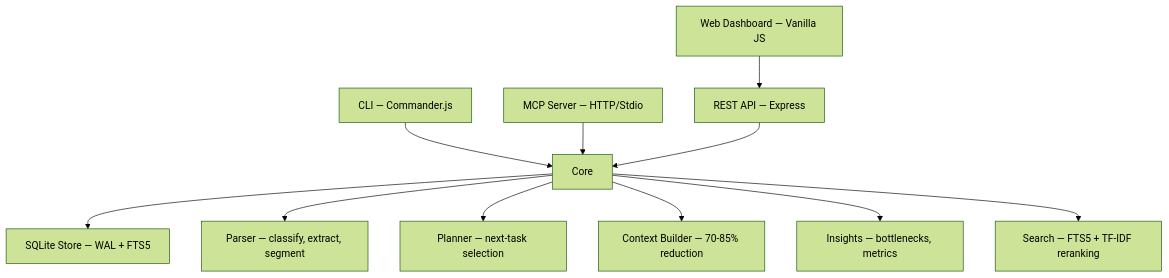
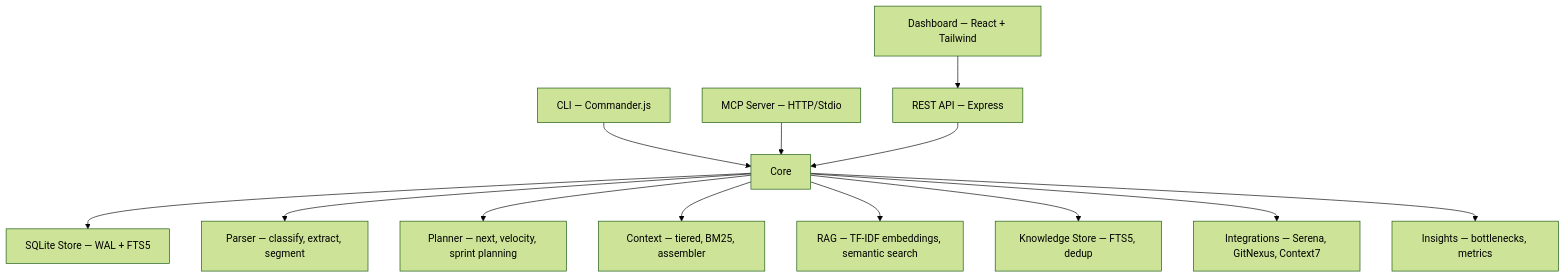
Before and after one commit to sraphaz/mcp-graph-workflow: the diagram in README.md, drawn with Mermaid (forest theme). The commit also changed other lines of this file and 79 other files, not shown here.

````diff
--- a/README.md
+++ b/README.md
@@ -69,14 +92,16 @@
 ```mermaid
 graph TD
     CLI[CLI — Commander.js] --> Core
     MCP[MCP Server — HTTP/Stdio] --> Core
     API[REST API — Express] --> Core
-    Web[Web Dashboard — Vanilla JS] --> API
+    Web[Dashboard — React + Tailwind] --> API
 
     Core --> Store[SQLite Store — WAL + FTS5]
     Core --> Parser[Parser — classify, extract, segment]
-    Core --> Planner[Planner — next-task selection]
-    Core --> Context[Context Builder — 70-85% reduction]
+    Core --> Planner[Planner — next, velocity, sprint planning]
+    Core --> Context[Context — tiered, BM25, assembler]
+    Core --> RAG[RAG — TF-IDF embeddings, semantic search]
+    Core --> Knowledge[Knowledge Store — FTS5, dedup]
+    Core --> Integrations[Integrations — Serena, GitNexus, Context7]
     Core --> Insights[Insights — bottlenecks, metrics]
-    Core --> Search[Search — FTS5 + TF-IDF reranking]
 ```
````
